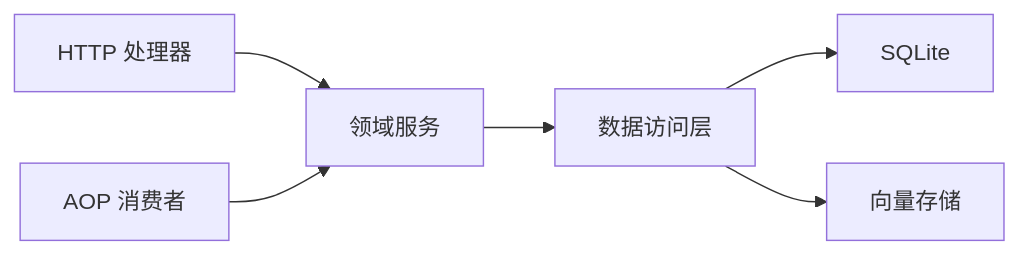
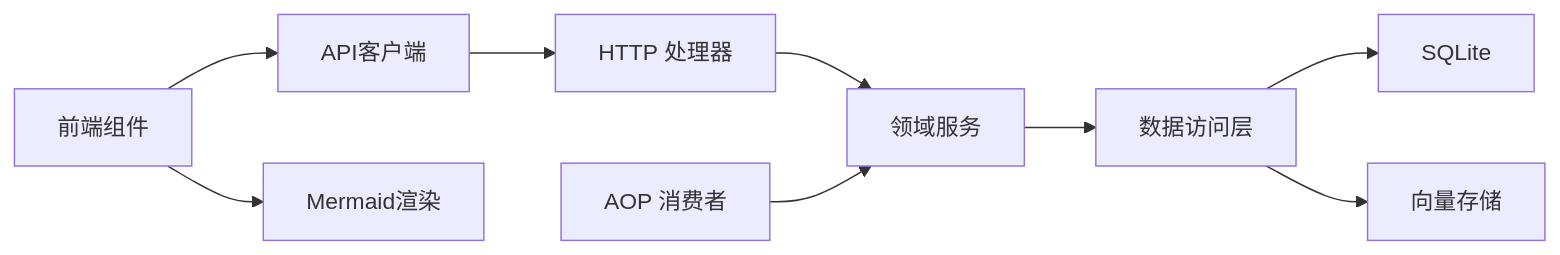
The ninth of 9 diagrams in .qoder/repowiki/zh/content/项目概述/核心功能特性/任务协作与执行计划/任务协作与执行计划.md (runningcoders/ai_orz), drawn with Mermaid before and after one commit. The commit also changed other lines of this file and 360 other files, not shown here.

````diff
--- a/.qoder/repowiki/zh/content/项目概述/核心功能特性/任务协作与执行计划/任务协作与执行计划.md
+++ b/.qoder/repowiki/zh/content/项目概述/核心功能特性/任务协作与执行计划/任务协作与执行计划.md
@@ -304,8 +363,11 @@
 ```mermaid
 graph LR
 H["HTTP 处理器"] --> D["领域服务"]
 D --> L["数据访问层"]
 L --> S["SQLite"]
 L --> V["向量存储"]
 C["AOP 消费者"] --> D
+FE["前端组件"] --> API["API客户端"]
+API --> H
+FE --> M["Mermaid渲染"]
 ```
````
